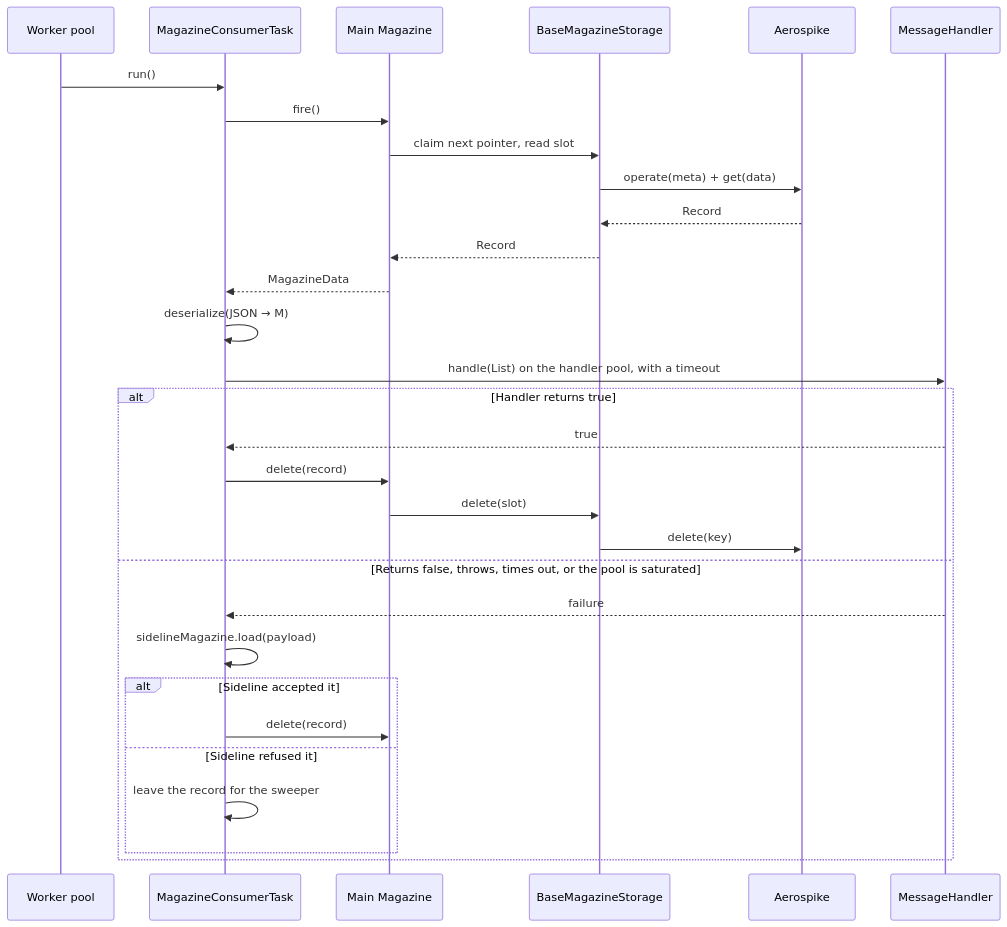
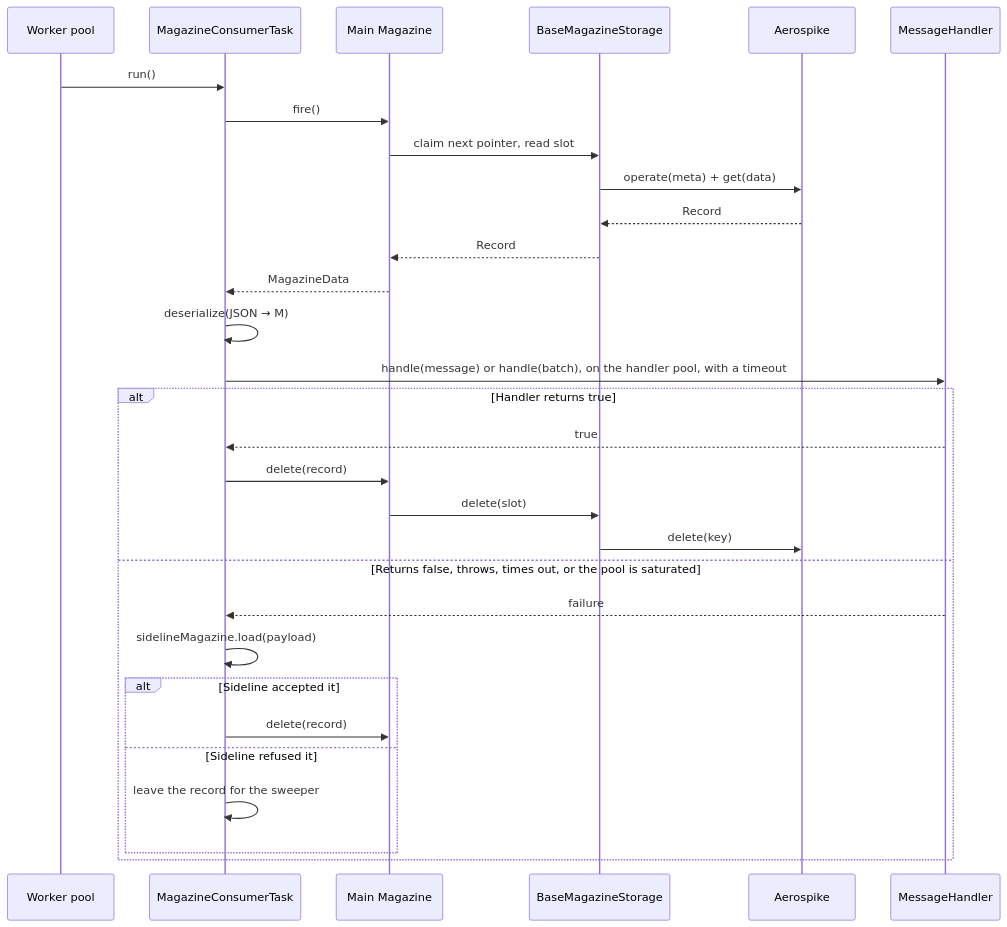
The fourth of 10 diagrams in docs/docs/architecture.md (PhonePe/IgnisMQ), drawn with Mermaid before and after one commit. The commit also changed 45 other files, not shown here.

````diff
--- a/docs/docs/architecture.md
+++ b/docs/docs/architecture.md
@@ -281,34 +281,34 @@
 ```mermaid
 sequenceDiagram
     participant T as Worker pool
     participant CT as MagazineConsumerTask
     participant M as Main Magazine
     participant MS as BaseMagazineStorage
     participant AS as Aerospike
     participant H as MessageHandler
 
     T->>CT: run()
     CT->>M: fire()
     M->>MS: claim next pointer, read slot
     MS->>AS: operate(meta) + get(data)
     AS-->>MS: Record
     MS-->>M: Record
     M-->>CT: MagazineData
     CT->>CT: deserialize(JSON → M)
-    CT->>H: handle(List) on the handler pool, with a timeout
+    CT->>H: handle(message) or handle(batch), on the handler pool, with a timeout
 
     alt Handler returns true
         H-->>CT: true
         CT->>M: delete(record)
         M->>MS: delete(slot)
         MS->>AS: delete(key)
     else Returns false, throws, times out, or the pool is saturated
         H-->>CT: failure
         CT->>CT: sidelineMagazine.load(payload)
         alt Sideline accepted it
             CT->>M: delete(record)
         else Sideline refused it
             CT->>CT: leave the record for the sweeper
         end
     end
 ```
````
